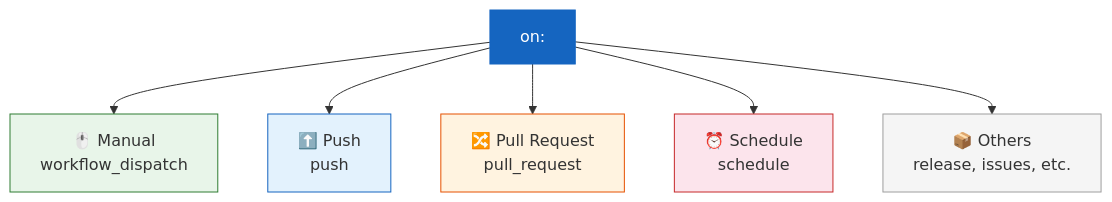
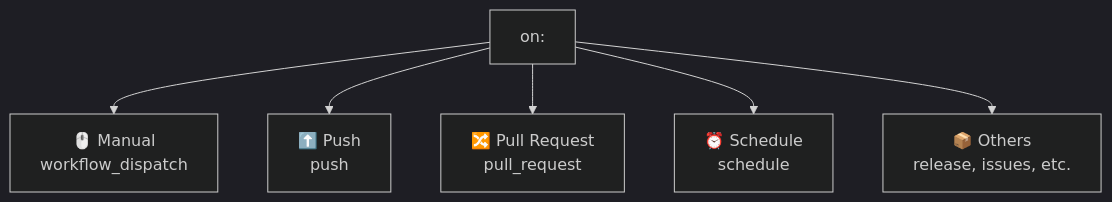
The first of 6 diagrams in 04-triggering-events/README.md (vishutyagi0210/github-ci-cd-with-labs), drawn with Mermaid before and after one commit. The commit also changed other lines of this file and 13 other files, not shown here.

Commit message:
fix: switch all mermaid diagrams to dark theme for better readability

````diff
--- a/04-triggering-events/README.md
+++ b/04-triggering-events/README.md
@@ -9,15 +9,10 @@
 ```mermaid
+%%{init: {"theme": "dark"}}%%
 graph TD
     ON["on:"] --> MANUAL["🖱️ Manual<br/>workflow_dispatch"]
     ON --> PUSH["⬆️ Push<br/>push"]
     ON --> PR["🔀 Pull Request<br/>pull_request"]
     ON --> CRON["⏰ Schedule<br/>schedule"]
     ON --> OTHER["📦 Others<br/>release, issues, etc."]
 
-    style ON fill:#1565c0,stroke:#1565c0,color:#fff
-    style MANUAL fill:#e8f5e9,stroke:#2e7d32
-    style PUSH fill:#e3f2fd,stroke:#1565c0
-    style PR fill:#fff3e0,stroke:#e65100
-    style CRON fill:#fce4ec,stroke:#c62828
-    style OTHER fill:#f5f5f5,stroke:#9e9e9e
 ```
````
